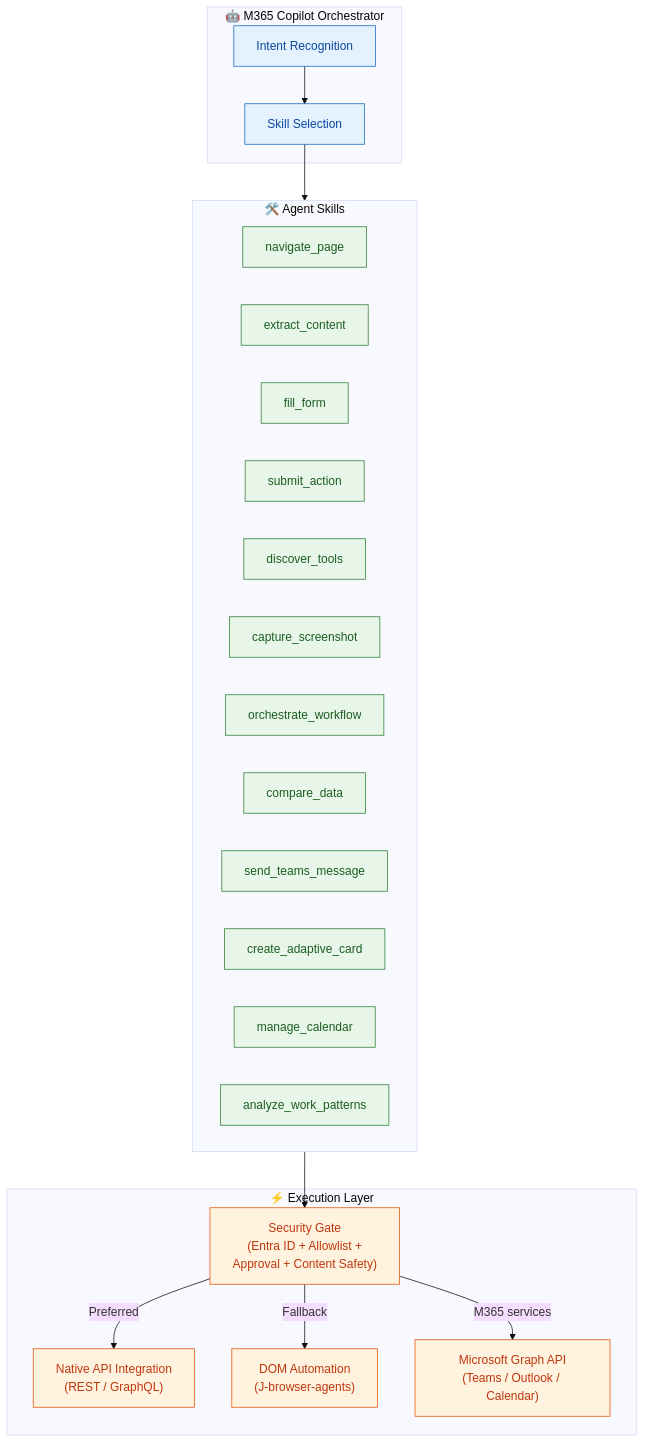
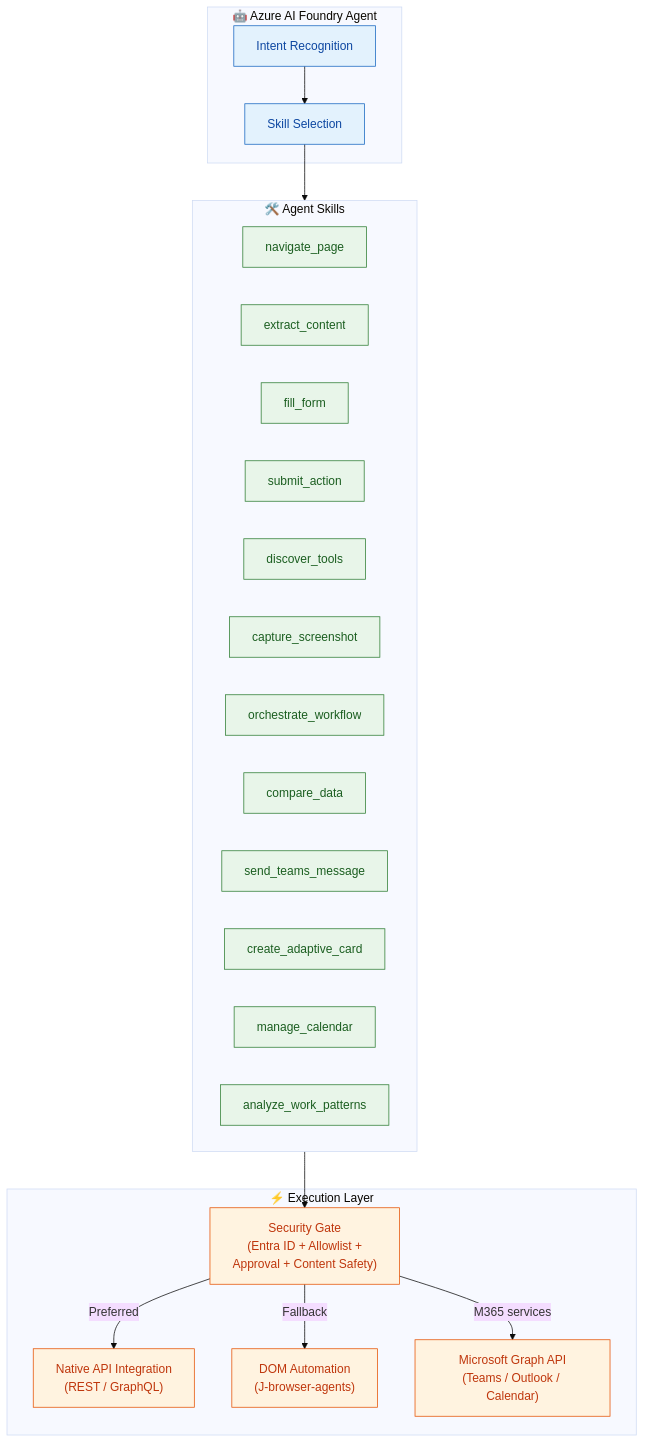
One commit to yjcmsft/Secure-Enterprise-Browser-Agentic-System changed the first of 4 diagrams in skills.md. Above: the diagram before and after it, drawn with Mermaid (base theme). The commit also changed other lines of this file and 16 other files, not shown here.

````diff
--- a/skills.md
+++ b/skills.md
@@ -11,44 +11,44 @@
 ```mermaid
 flowchart TB
-    subgraph CopilotOrchestrator["🤖 M365 Copilot Orchestrator"]
+    subgraph CopilotOrchestrator["🤖 Azure AI Foundry Agent"]
         Intent["Intent Recognition"]
         SkillSelect["Skill Selection"]
     end
 
     subgraph Skills["🛠️ Agent Skills"]
         Navigate["navigate_page"]
         Extract["extract_content"]
         FillForm["fill_form"]
         SubmitAction["submit_action"]
         Discover["discover_tools"]
         Screenshot["capture_screenshot"]
         MultiStep["orchestrate_workflow"]
         Compare["compare_data"]
         GraphMsg["send_teams_message"]
         GraphCard["create_adaptive_card"]
         GraphCal["manage_calendar"]
         WorkIQSkill["analyze_work_patterns"]
     end
 
     subgraph Execution["⚡ Execution Layer"]
         NativeAPI["Native API Integration\n(REST / GraphQL)"]
         DOM["DOM Automation\n(J-browser-agents)"]
         Security["Security Gate\n(Entra ID + Allowlist +\nApproval + Content Safety)"]
         GraphAPI["Microsoft Graph API\n(Teams / Outlook / Calendar)"]
     end
 
     Intent --> SkillSelect
     SkillSelect --> Skills
     Skills --> Security
     Security -->|"Preferred"| NativeAPI
     Security -->|"Fallback"| DOM
     Security -->|"M365 services"| GraphAPI
 
     classDef orchestrator fill:#E3F2FD,stroke:#1565C0,color:#0D47A1
     classDef skill fill:#E8F5E9,stroke:#2E7D32,color:#1B5E20
     classDef exec fill:#FFF3E0,stroke:#E65100,color:#BF360C
 
     class Intent,SkillSelect orchestrator
     class Navigate,Extract,FillForm,SubmitAction,Discover,Screenshot,MultiStep,Compare,GraphMsg,GraphCard,GraphCal,WorkIQSkill skill
     class NativeAPI,DOM,Security,GraphAPI exec
 ```
````
